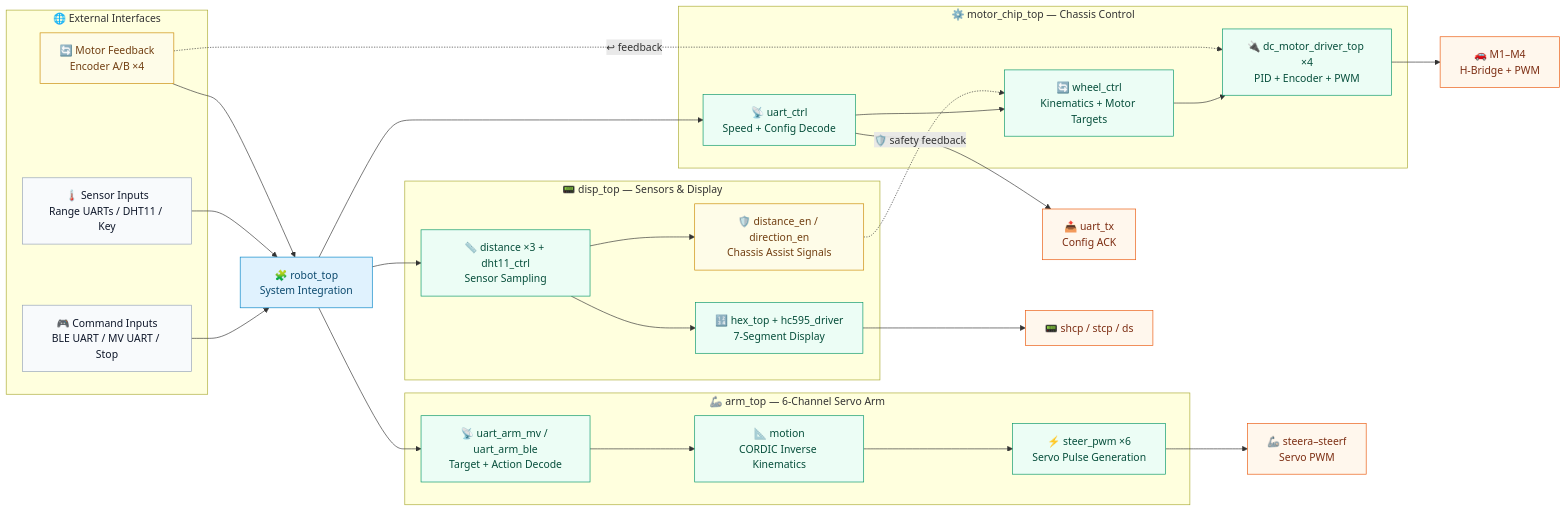
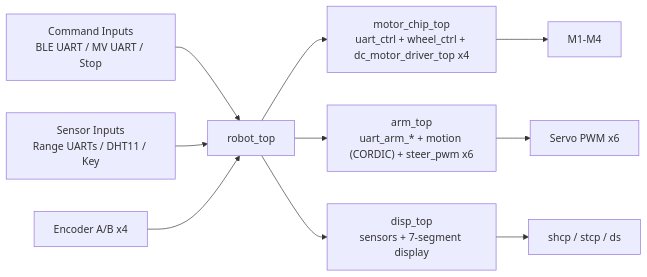
One commit to yifeistarwang-coder/RoboMotion-FPGA changed the diagram in README.md. Above: the diagram before and after it, drawn with Mermaid. The commit also changed other lines of this file and 1 other file, not shown here.

````diff
--- a/README.md
+++ b/README.md
@@ -142,61 +62,14 @@
 ```mermaid
 flowchart LR
-  classDef external fill:#f8fafc,stroke:#94a3b8,color:#0f172a;
-  classDef top fill:#e0f2fe,stroke:#0284c7,color:#0c4a6e;
-  classDef core fill:#ecfdf5,stroke:#059669,color:#064e3b;
-  classDef output fill:#fff7ed,stroke:#ea580c,color:#7c2d12;
-  classDef feedback fill:#fefce8,stroke:#ca8a04,color:#713f12;
+  command_in["Command Inputs<br/>BLE UART / MV UART / Stop"] --> robot_top
+  sensor_in["Sensor Inputs<br/>Range UARTs / DHT11 / Key"] --> robot_top
+  enc["Encoder A/B x4"] --> robot_top
 
-  subgraph IN["🌐 External Interfaces"]
-    command_in["🎮 Command Inputs<br/>BLE UART / MV UART / Stop"]
-    sensor_in["🌡️ Sensor Inputs<br/>Range UARTs / DHT11 / Key"]
-    enc["🔄 Motor Feedback<br/>Encoder A/B ×4"]
-  end
-
-  robot_top["🧩 robot_top<br/>System Integration"]
-
-  subgraph CHASSIS["⚙️ motor_chip_top — Chassis Control"]
-    chassis_uart["📡 uart_ctrl<br/>Speed + Config Decode"]
-    wheel_ctrl["🔄 wheel_ctrl<br/>Kinematics + Motor Targets"]
-    motor_driver["🔌 dc_motor_driver_top ×4<br/>PID + Encoder + PWM"]
-  end
-
-  subgraph ARM["🦾 arm_top — 6-Channel Servo Arm"]
-    arm_uart["📡 uart_arm_mv / uart_arm_ble<br/>Target + Action Decode"]
-    arm_motion["📐 motion<br/>CORDIC Inverse Kinematics"]
-    servo_pwm["⚡ steer_pwm ×6<br/>Servo Pulse Generation"]
-  end
-
-  subgraph DISPLAY["📟 disp_top — Sensors & Display"]
-    sensing["📏 distance ×3 + dht11_ctrl<br/>Sensor Sampling"]
-    display["🔢 hex_top + hc595_driver<br/>7-Segment Display"]
-    guard["🛡️ distance_en / direction_en<br/>Chassis Assist Signals"]
-  end
-
-  command_in --> robot_top
-  sensor_in --> robot_top
-  enc --> robot_top
-
-  robot_top --> chassis_uart
-  chassis_uart --> wheel_ctrl
-  wheel_ctrl --> motor_driver
-  motor_driver --> motors["🚗 M1–M4<br/>H-Bridge + PWM"]
-  enc -. ↩ feedback .-> motor_driver
-  chassis_uart --> uart_tx["📤 uart_tx<br/>Config ACK"]
-
-  robot_top --> arm_uart
-  arm_uart --> arm_motion
-  arm_motion --> servo_pwm
-  servo_pwm --> servos["🦾 steera–steerf<br/>Servo PWM"]
-
-  robot_top --> sensing
-  sensing --> display
-  display --> panel["📟 shcp / stcp / ds"]
-  sensing --> guard -. 🛡️ safety feedback .-> wheel_ctrl
-
-  class command_in,sensor_in external;
-  class robot_top top;
-  class chassis_uart,wheel_ctrl,motor_driver,arm_uart,arm_motion,servo_pwm,sensing,display,guard core;
-  class motors,uart_tx,servos,panel output;
-  class enc,guard feedback;
+  robot_top["robot_top"]
+  robot_top --> chassis["motor_chip_top<br/>uart_ctrl + wheel_ctrl + dc_motor_driver_top x4"]
+  robot_top --> arm["arm_top<br/>uart_arm_* + motion (CORDIC) + steer_pwm x6"]
+  robot_top --> disp["disp_top<br/>sensors + 7-segment display"]
+  chassis --> motors["M1-M4"]
+  arm --> servos["Servo PWM x6"]
+  disp --> panel["shcp / stcp / ds"]
 ```
````
